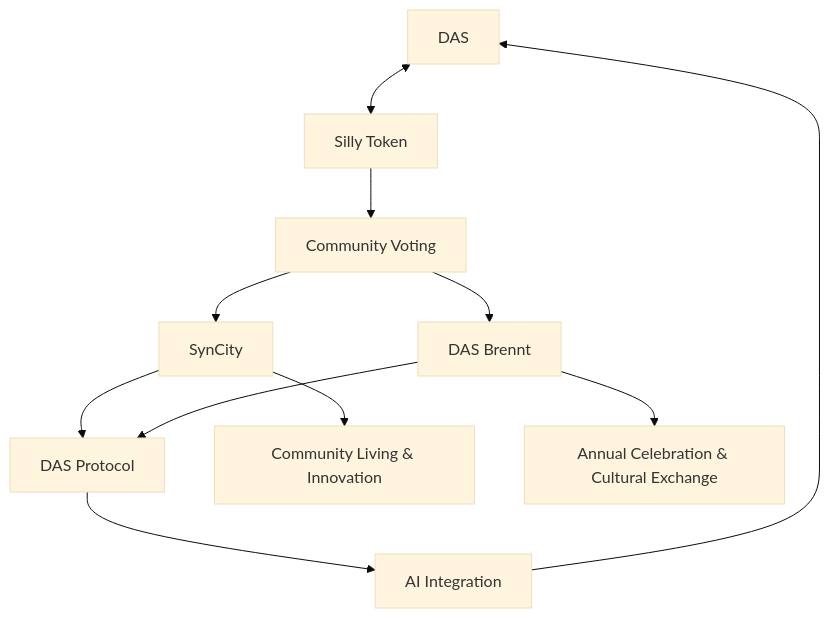
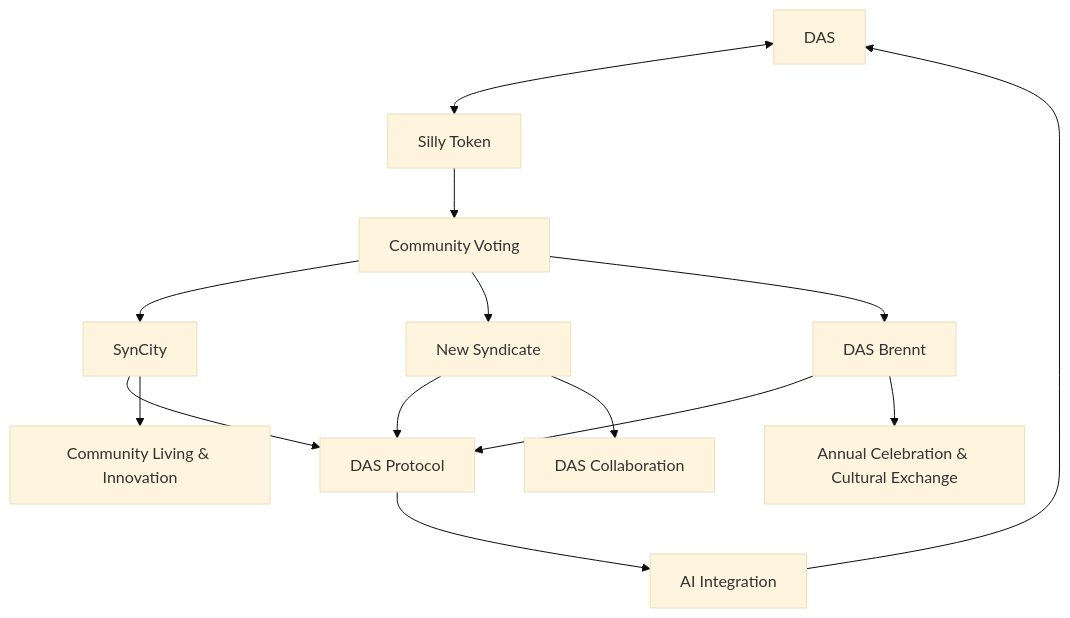
Before and after one commit to syndikat-dao/SynDocs: the diagram in pages/index.mdx, drawn with Mermaid (base theme). The commit also changed other lines of this file and 18 other files, not shown here.

````diff
--- a/pages/index.mdx
+++ b/pages/index.mdx
@@ -101,18 +67,16 @@
 ```mermaid
 graph TD;
     A[DAS] <--> B[Silly Token]
     B --> C[Community Voting]
-    
     C --> D[SynCity]
+    C --> E[New Syndicate]
     C --> F[DAS Brennt]
-    
     D --> G[DAS Protocol]
+    E --> G
     F --> G
-    
     G --> H[AI Integration]
     H --> A
-    
     D --> I[Community Living & Innovation]
     F --> K[Annual Celebration & Cultural Exchange]
-    
+    E --> L[DAS Collaboration]
 ```
````
